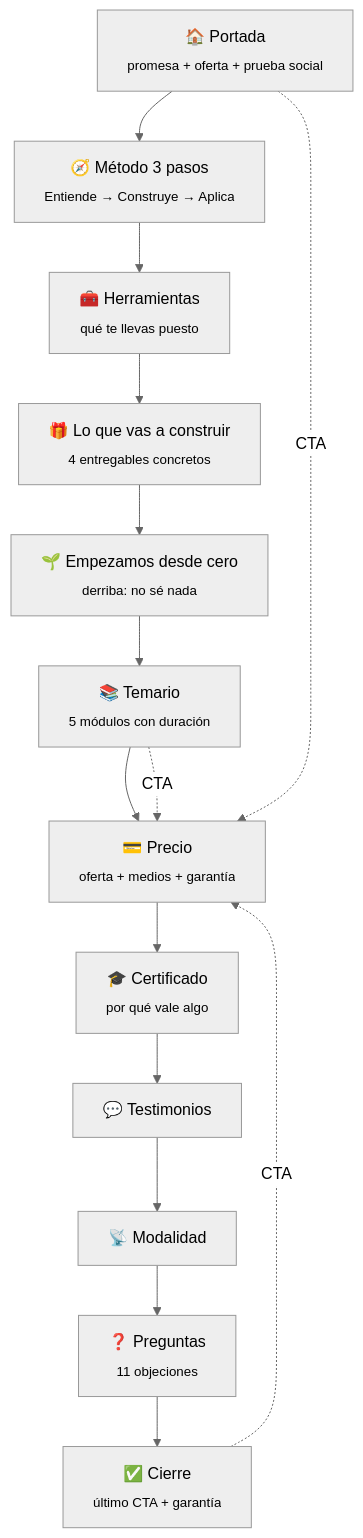
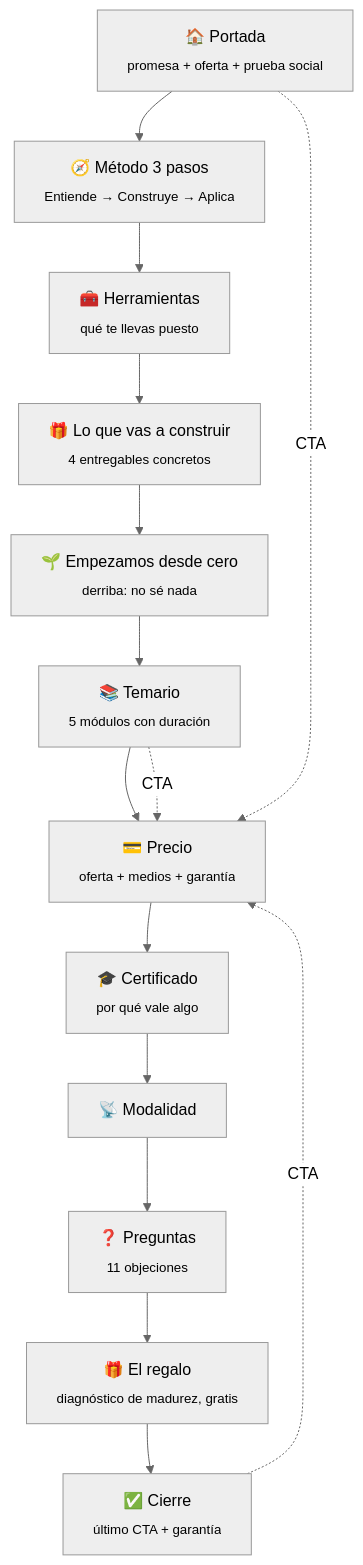
One commit to relevoacademy/landing-curso-conoce changed the diagram in README.md. Above: the diagram before and after it, drawn with Mermaid (neutral theme). The commit also changed other lines of this file and 1 other file, not shown here.

First line of the commit message:
feat: checkout de Hotmart conectado y seccion del regalo

````diff
--- a/README.md
+++ b/README.md
@@ -42,18 +42,18 @@
 ```mermaid
 flowchart TD
   P["🏠 Portada<br/><sub>promesa + oferta + prueba social</sub>"] --> ME["🧭 Método 3 pasos<br/><sub>Entiende → Construye → Aplica</sub>"]
   ME --> H["🧰 Herramientas<br/><sub>qué te llevas puesto</sub>"]
   H --> C["🎁 Lo que vas a construir<br/><sub>4 entregables concretos</sub>"]
   C --> Z["🌱 Empezamos desde cero<br/><sub>derriba: no sé nada</sub>"]
   Z --> T["📚 Temario<br/><sub>5 módulos con duración</sub>"]
   T --> PR["💳 Precio<br/><sub>oferta + medios + garantía</sub>"]
   PR --> CE["🎓 Certificado<br/><sub>por qué vale algo</sub>"]
-  CE --> TE["💬 Testimonios"]
-  TE --> M["📡 Modalidad"]
+  CE --> M["📡 Modalidad"]
   M --> F["❓ Preguntas<br/><sub>11 objeciones</sub>"]
-  F --> FIN["✅ Cierre<br/><sub>último CTA + garantía</sub>"]
+  F --> RG["🎁 El regalo<br/><sub>diagnóstico de madurez, gratis</sub>"]
+  RG --> FIN["✅ Cierre<br/><sub>último CTA + garantía</sub>"]
 
   P -.->|CTA| PR
   T -.->|CTA| PR
   FIN -.->|CTA| PR
 ```
````
